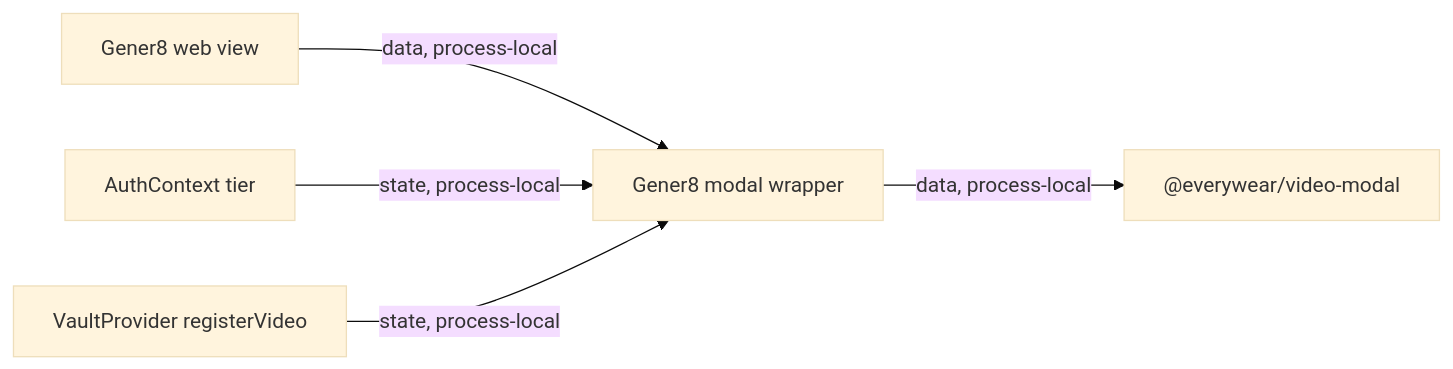
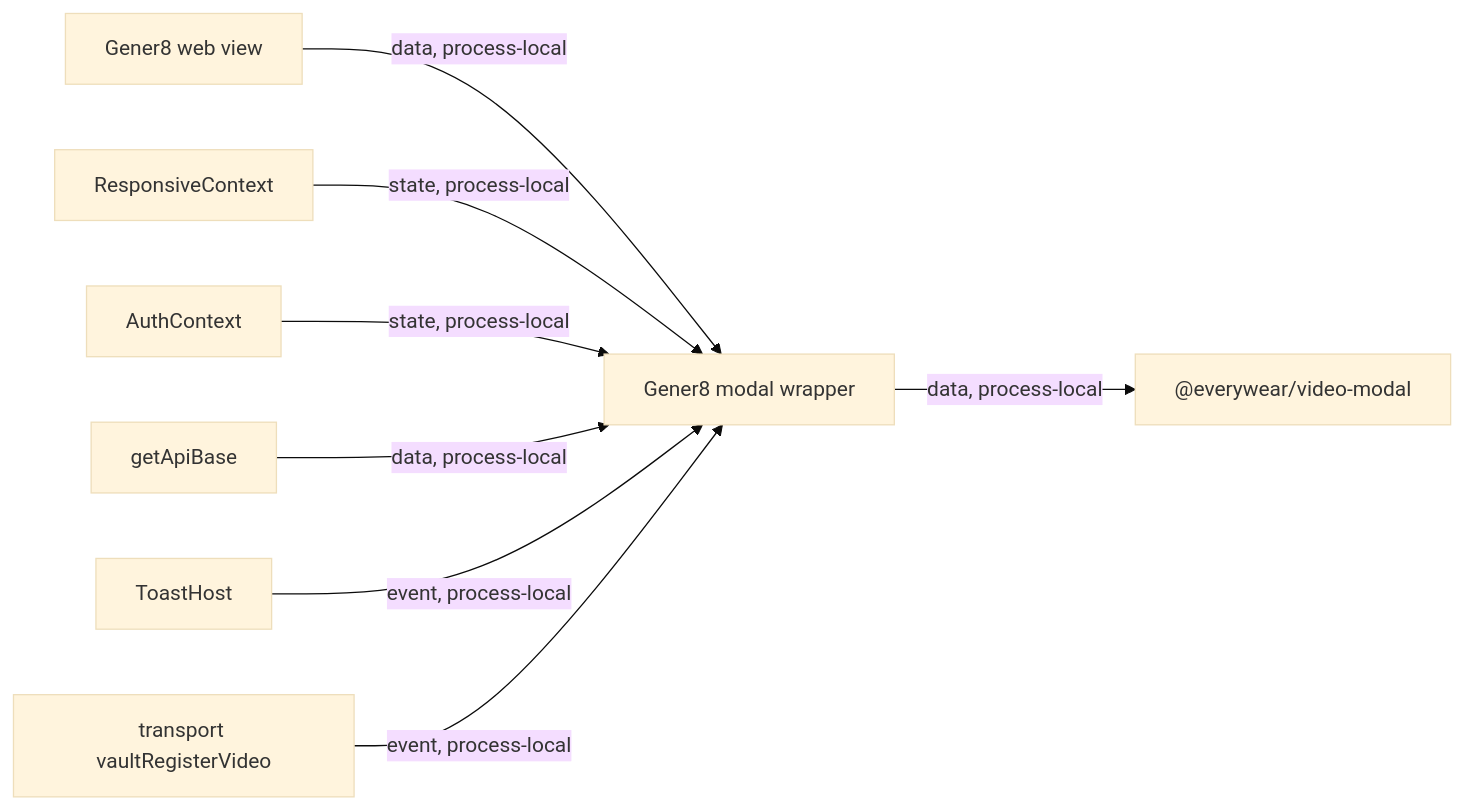
Before and after one commit to BAIS1C/project-everywear: the diagram in docs/wiki/gener8/modal.md, drawn with Mermaid (base theme). The commit also changed other lines of this file and 18 other files, not shown here.

````diff
--- a/docs/wiki/gener8/modal.md
+++ b/docs/wiki/gener8/modal.md
@@ -30,7 +36,10 @@
 ```mermaid
 graph LR
   Gener8View["Gener8 web view"] -- "data, process-local" --> Wrapper["Gener8 modal wrapper"]
-  Auth["AuthContext tier"] -- "state, process-local" --> Wrapper
-  Vault["VaultProvider registerVideo"] -- "state, process-local" --> Wrapper
+  Responsive["ResponsiveContext"] -- "state, process-local" --> Wrapper
+  Auth["AuthContext"] -- "state, process-local" --> Wrapper
+  Api["getApiBase"] -- "data, process-local" --> Wrapper
+  Toast["ToastHost"] -- "event, process-local" --> Wrapper
+  Vault["transport vaultRegisterVideo"] -- "event, process-local" --> Wrapper
   Wrapper -- "data, process-local" --> SharedModal["@everywear/video-modal"]
 ```
````
